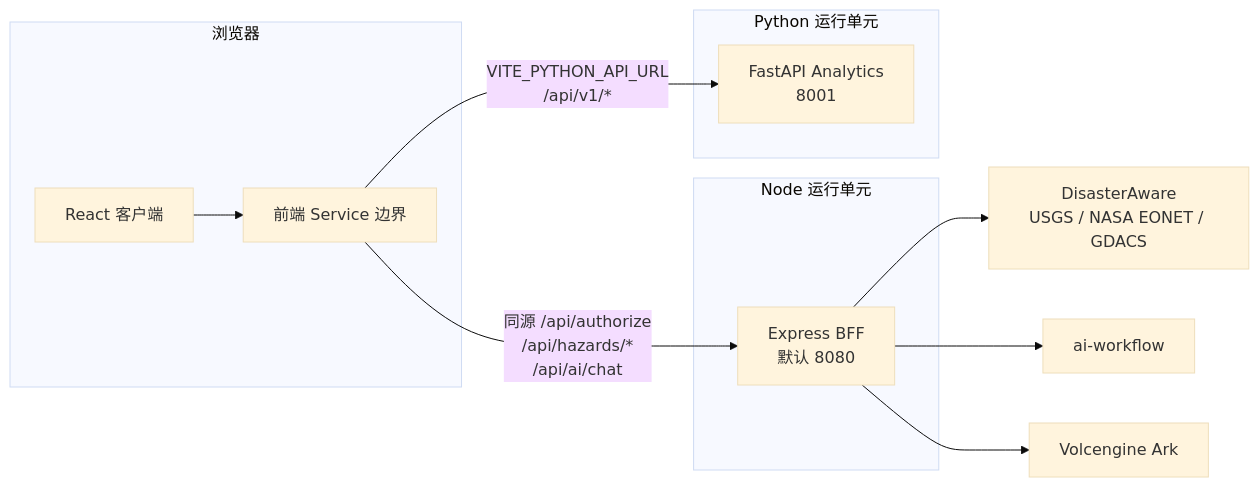
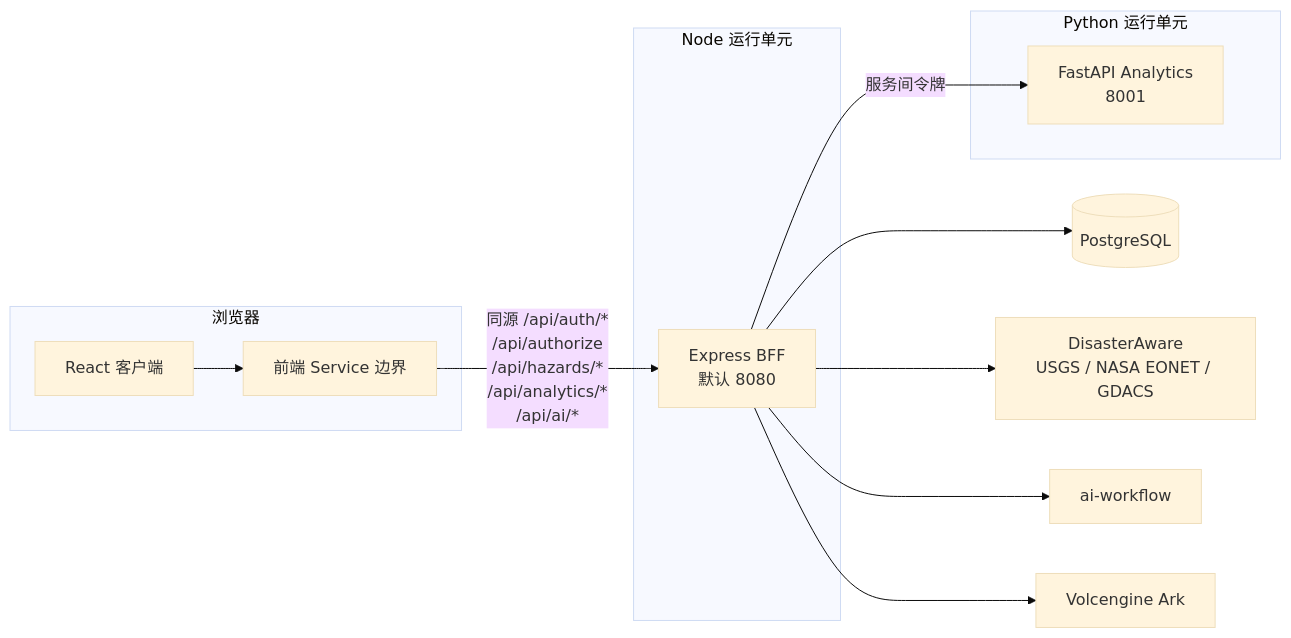
Before and after one commit to Jamie0807/prometheus-global-guardian: the first of 3 diagrams in docs/PROJECT_SPEC.md, drawn with Mermaid (base theme). The commit also changed other lines of this file and 73 other files, not shown here.

````diff
--- a/docs/PROJECT_SPEC.md
+++ b/docs/PROJECT_SPEC.md
@@ -54,26 +55,29 @@
 ```mermaid
 flowchart LR
   subgraph Browser[浏览器]
     React[React 客户端]
     Services[前端 Service 边界]
     React --> Services
   end
 
   subgraph Node[Node 运行单元]
     BFF[Express BFF\n默认 8080]
   end
 
+  DB[(PostgreSQL)]
+
   subgraph Python[Python 运行单元]
     API[FastAPI Analytics\n8001]
   end
 
   Sources[DisasterAware\nUSGS / NASA EONET / GDACS]
   Workflow[ai-workflow]
   Ark[Volcengine Ark]
 
-  Services -->|同源 /api/authorize\n/api/hazards/*\n/api/ai/chat| BFF
-  Services -->|VITE_PYTHON_API_URL\n/api/v1/*| API
+  Services -->|同源 /api/auth/*\n/api/authorize\n/api/hazards/*\n/api/analytics/*\n/api/ai/*| BFF
+  BFF -->|服务间令牌| API
+  BFF --> DB
   BFF --> Sources
   BFF --> Workflow
   BFF --> Ark
 ```
````
